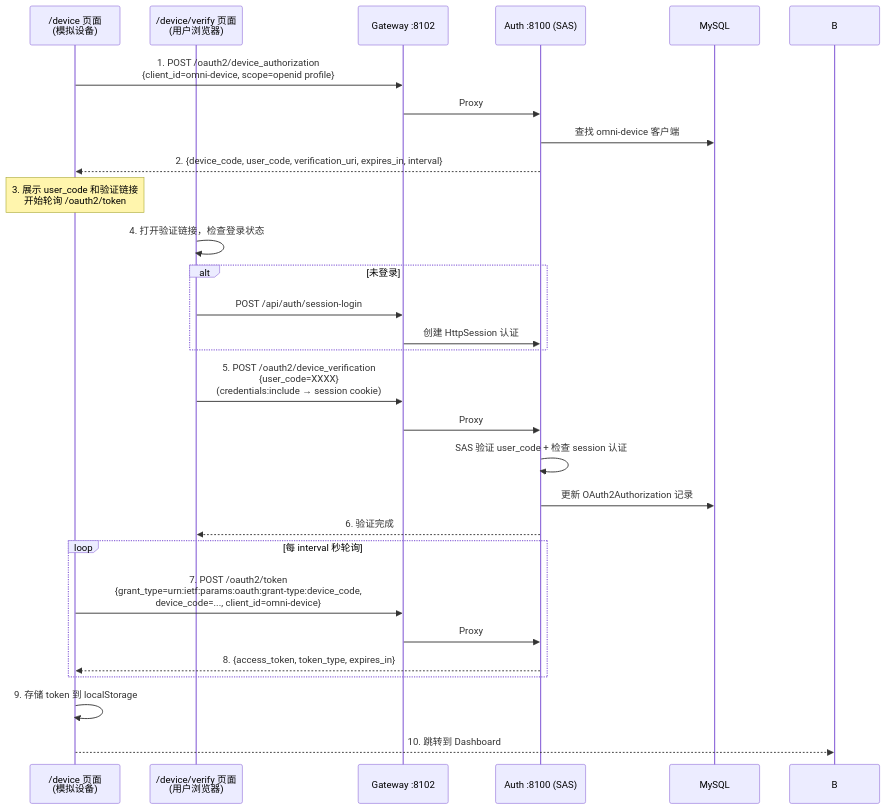
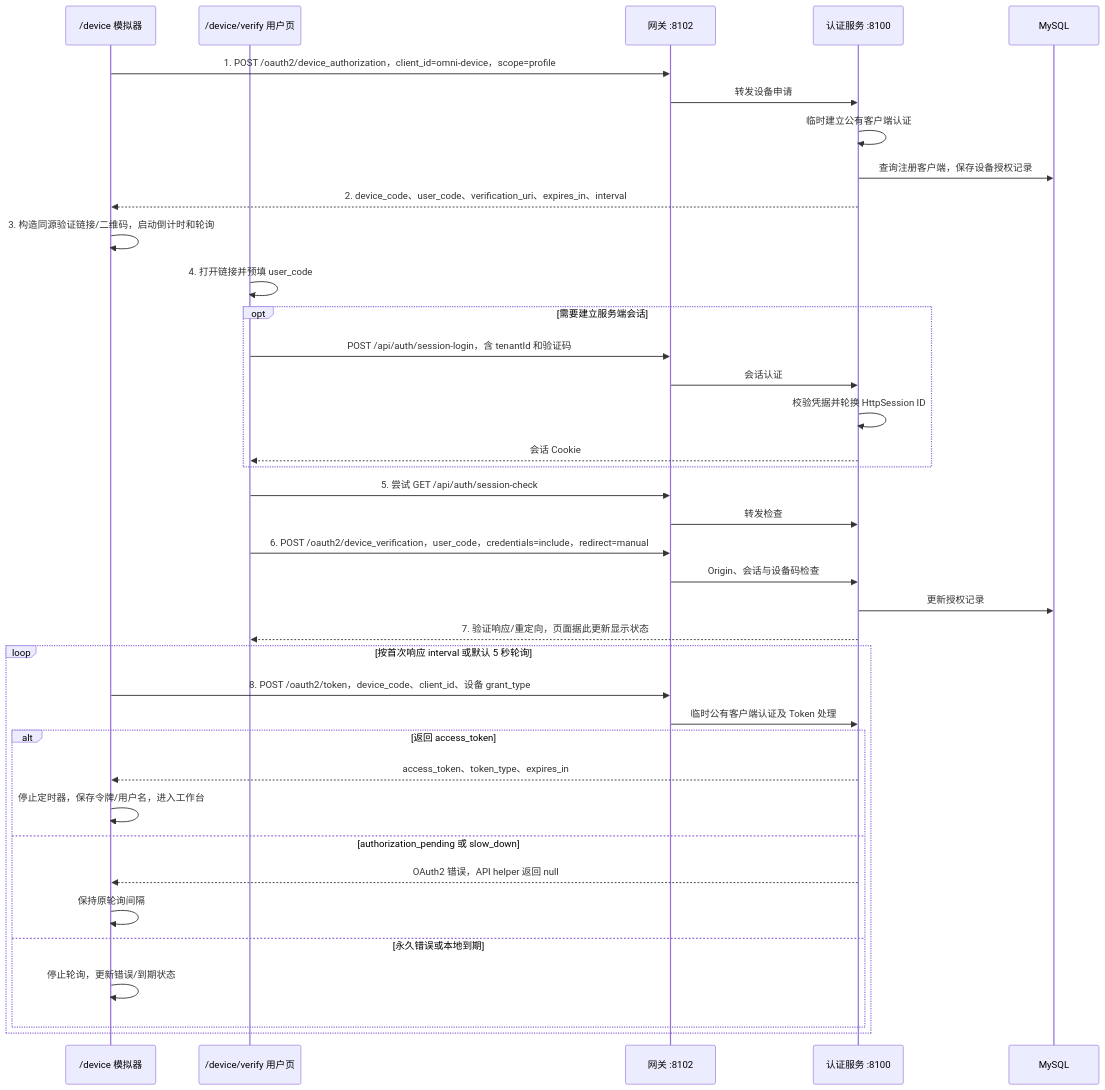
One commit to wang-baohai/Omni-Stack changed the third of 21 diagrams in docs/core-flows.md. Above: the diagram before and after it, drawn with Mermaid. The commit also changed other lines of this file and 1095 other files, not shown here.

````diff
--- a/docs/core-flows.md
+++ b/docs/core-flows.md
@@ -347,36 +253,41 @@
 ```mermaid
 sequenceDiagram
-    participant D as /device 页面<br/>(模拟设备)
-    participant V as /device/verify 页面<br/>(用户浏览器)
-    participant G as Gateway :8102
-    participant A as Auth :8100 (SAS)
+    participant D as /device 模拟器
+    participant V as /device/verify 用户页
+    participant G as 网关 :8102
+    participant A as 认证服务 :8100
     participant M as MySQL
 
-    D->>G: 1. POST /oauth2/device_authorization<br/>{client_id=omni-device, scope=openid profile}
-    G->>A: Proxy
-    A->>M: 查找 omni-device 客户端
-    A-->>D: 2. {device_code, user_code, verification_uri, expires_in, interval}
-
-    Note over D: 3. 展示 user_code 和验证链接<br/>开始轮询 /oauth2/token
-
-    V->>V: 4. 打开验证链接，检查登录状态
-    alt 未登录
-        V->>G: POST /api/auth/session-login
-        G->>A: 创建 HttpSession 认证
+    D->>G: 1. POST /oauth2/device_authorization，client_id=omni-device，scope=profile
+    G->>A: 转发设备申请
+    A->>A: 临时建立公有客户端认证
+    A->>M: 查询注册客户端，保存设备授权记录
+    A-->>D: 2. device_code、user_code、verification_uri、expires_in、interval
+    D->>D: 3. 构造同源验证链接/二维码，启动倒计时和轮询
+    V->>V: 4. 打开链接并预填 user_code
+    opt 需要建立服务端会话
+    V->>G: POST /api/auth/session-login，含 tenantId 和验证码
+    G->>A: 会话认证
+    A->>A: 校验凭据并轮换 HttpSession ID
+    A-->>V: 会话 Cookie
     end
-
-    V->>G: 5. POST /oauth2/device_verification<br/>{user_code=XXXX}<br/>(credentials:include → session cookie)
-    G->>A: Proxy
-    A->>A: SAS 验证 user_code + 检查 session 认证
-    A->>M: 更新 OAuth2Authorization 记录
-    A-->>V: 6. 验证完成
-
-    loop 每 interval 秒轮询
-        D->>G: 7. POST /oauth2/token<br/>{grant_type=urn:ietf:params:oauth:grant-type:device_code,<br/>device_code=..., client_id=omni-device}
-        G->>A: Proxy
-        A-->>D: 8. {access_token, token_type, expires_in}
+    V->>G: 5. 尝试 GET /api/auth/session-check
+    G->>A: 转发检查
+    V->>G: 6. POST /oauth2/device_verification，user_code，credentials=include，redirect=manual
+    G->>A: Origin、会话与设备码检查
+    A->>M: 更新授权记录
+    A-->>V: 7. 验证响应/重定向，页面据此更新显示状态
+    loop 按首次响应 interval 或默认 5 秒轮询
+    D->>G: 8. POST /oauth2/token，device_code、client_id、设备 grant_type
+    G->>A: 临时公有客户端认证及 Token 处理
+    alt 返回 access_token
+    A-->>D: access_token、token_type、expires_in
+    D->>D: 停止定时器，保存令牌/用户名，进入工作台
+    else authorization_pending 或 slow_down
+    A-->>D: OAuth2 错误，API helper 返回 null
+    D->>D: 保持原轮询间隔
+    else 永久错误或本地到期
+    D->>D: 停止轮询，更新错误/到期状态
     end
-
-    D->>D: 9. 存储 token 到 localStorage
-    D-->>B: 10. 跳转到 Dashboard
+    end
 ```
````
